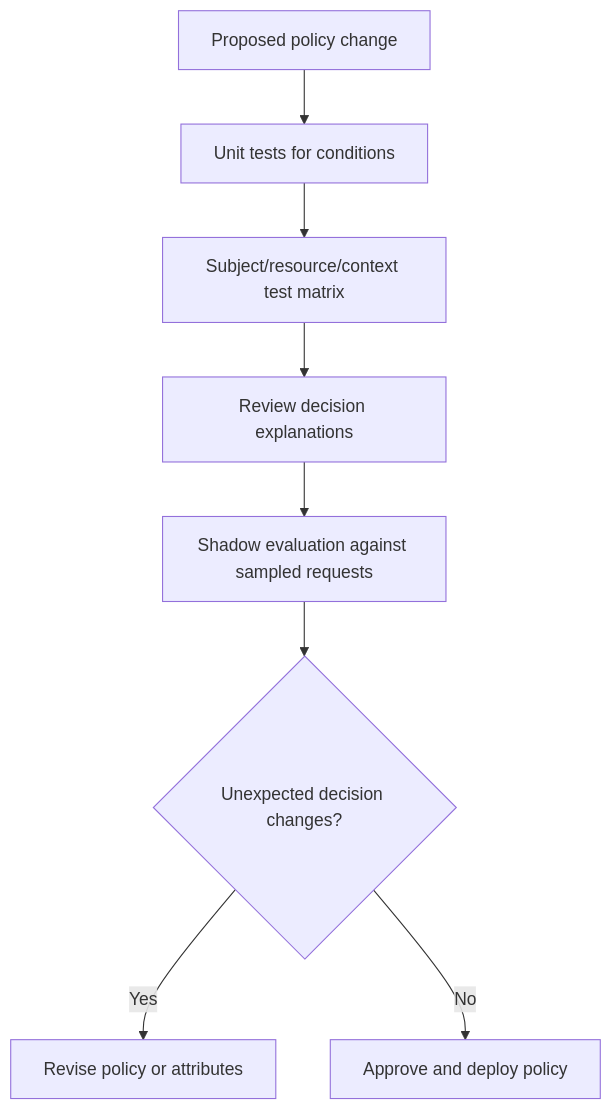
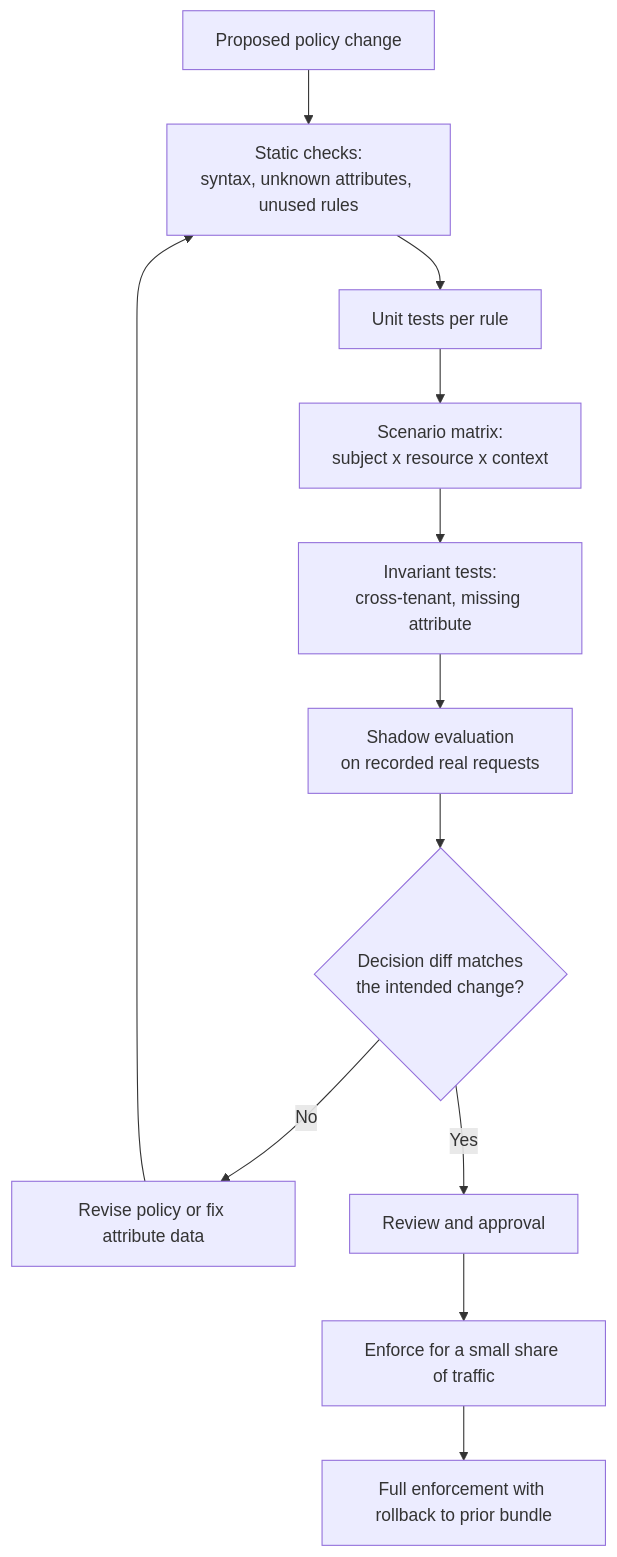
The seventh of 14 diagrams in 15_Security/CH05_ABAC.md (joydasss/Architect), drawn with Mermaid before and after one commit. The commit also changed other lines of this file and 295 other files, not shown here.

````diff
--- a/15_Security/CH05_ABAC.md
+++ b/15_Security/CH05_ABAC.md
@@ -47,10 +434,14 @@
 ```mermaid
 flowchart TD
-    PolicyChange[Proposed policy change] --> Unit[Unit tests for conditions]
-    Unit --> Matrix[Subject/resource/context test matrix]
-    Matrix --> Explain[Review decision explanations]
-    Explain --> Shadow[Shadow evaluation against sampled requests]
-    Shadow --> Diff{Unexpected decision changes?}
-    Diff -->|Yes| Revise[Revise policy or attributes]
-    Diff -->|No| Approve[Approve and deploy policy]
+    Change["Proposed policy change"] --> Lint["Static checks:<br/>syntax, unknown attributes, unused rules"]
+    Lint --> Unit["Unit tests per rule"]
+    Unit --> Matrix["Scenario matrix:<br/>subject x resource x context"]
+    Matrix --> Inv["Invariant tests:<br/>cross-tenant, missing attribute"]
+    Inv --> Shadow["Shadow evaluation<br/>on recorded real requests"]
+    Shadow --> Diff{"Decision diff matches<br/>the intended change?"}
+    Diff -->|"No"| Revise["Revise policy or fix attribute data"]
+    Revise --> Lint
+    Diff -->|"Yes"| Approve["Review and approval"]
+    Approve --> Canary["Enforce for a small share of traffic"]
+    Canary --> Full["Full enforcement with rollback to prior bundle"]
 ```
````
